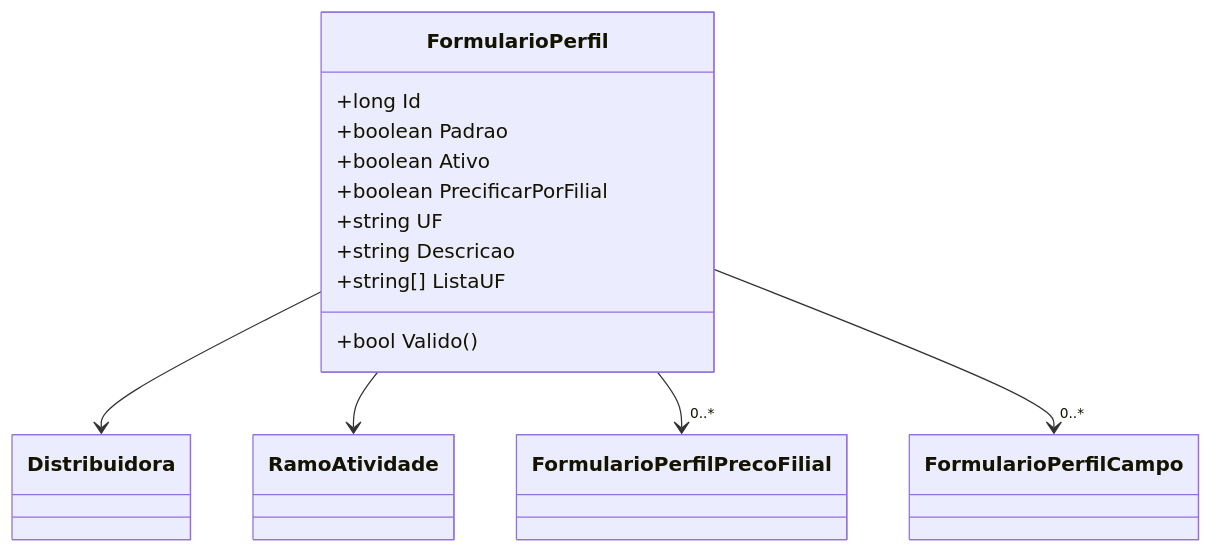
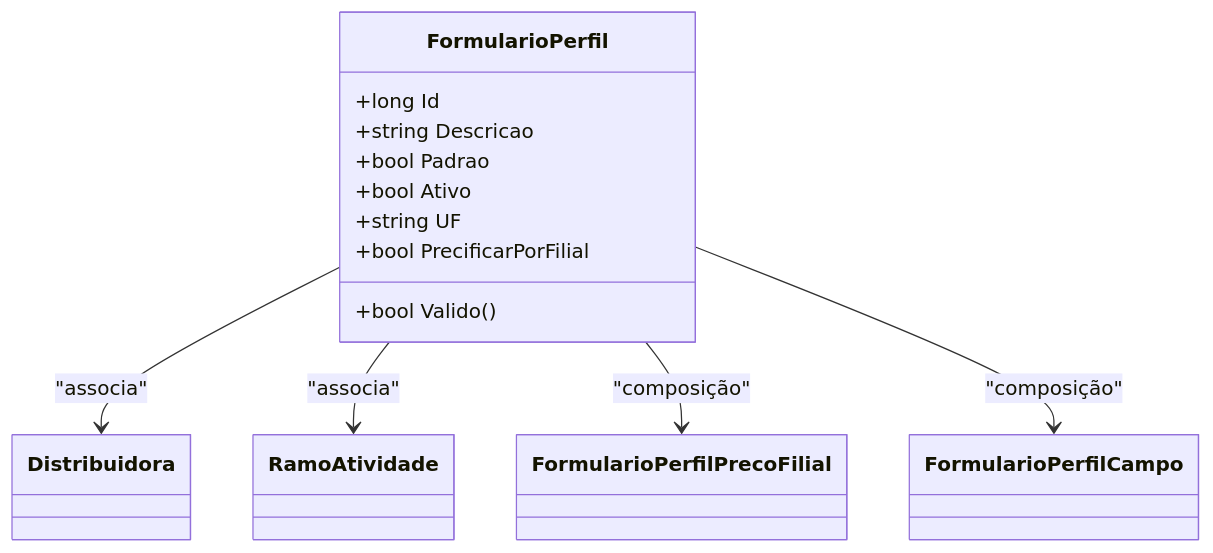
One commit to IsthmusSistemas/documentacao-tecnica changed the second of 2 diagrams in docs/b2b-dominio/IsthmusWinthor.Nucleo/IsthmusWinthor.Dominio/Entidades/FormularioPerfil.md. Above: the diagram before and after it, drawn with Mermaid. The commit also changed other lines of this file and 882 other files, not shown here.

````diff
--- a/docs/b2b-dominio/IsthmusWinthor.Nucleo/IsthmusWinthor.Dominio/Entidades/FormularioPerfil.md
+++ b/docs/b2b-dominio/IsthmusWinthor.Nucleo/IsthmusWinthor.Dominio/Entidades/FormularioPerfil.md
@@ -42,22 +40,21 @@
 ```mermaid
 classDiagram
     class FormularioPerfil {
         +long Id
-        +boolean Padrao
-        +boolean Ativo
-        +boolean PrecificarPorFilial
+        +string Descricao
+        +bool Padrao
+        +bool Ativo
         +string UF
-        +string Descricao
+        +bool PrecificarPorFilial
         +bool Valido()
-        +string[] ListaUF
     }
-    class Distribuidora
-    class RamoAtividade
-    class FormularioPerfilPrecoFilial
-    class FormularioPerfilCampo
+    class Distribuidora {}
+    class RamoAtividade {}
+    class FormularioPerfilPrecoFilial {}
+    class FormularioPerfilCampo {}
 
-    FormularioPerfil --> Distribuidora
-    FormularioPerfil --> RamoAtividade
-    FormularioPerfil --> "0..*" FormularioPerfilPrecoFilial
-    FormularioPerfil --> "0..*" FormularioPerfilCampo
+    FormularioPerfil --> Distribuidora : "associa"
+    FormularioPerfil --> RamoAtividade : "associa"
+    FormularioPerfil --> FormularioPerfilPrecoFilial : "composição"
+    FormularioPerfil --> FormularioPerfilCampo : "composição"
 ```
````
